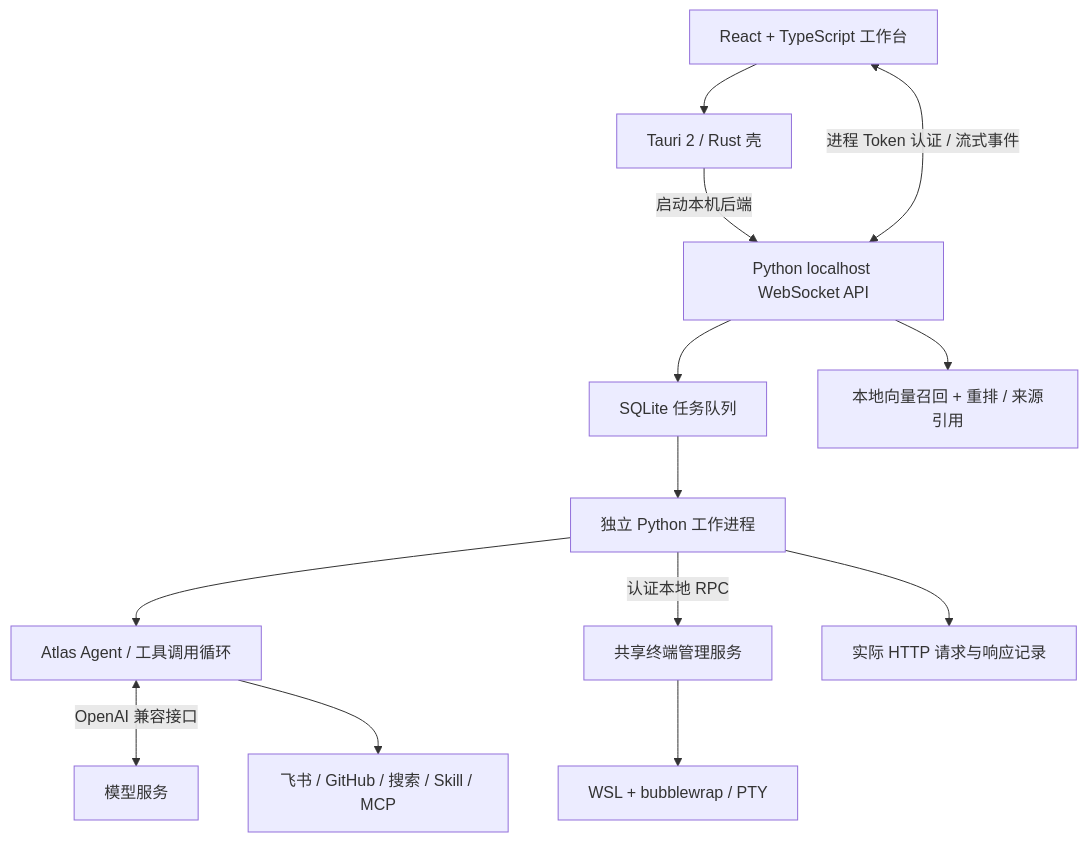
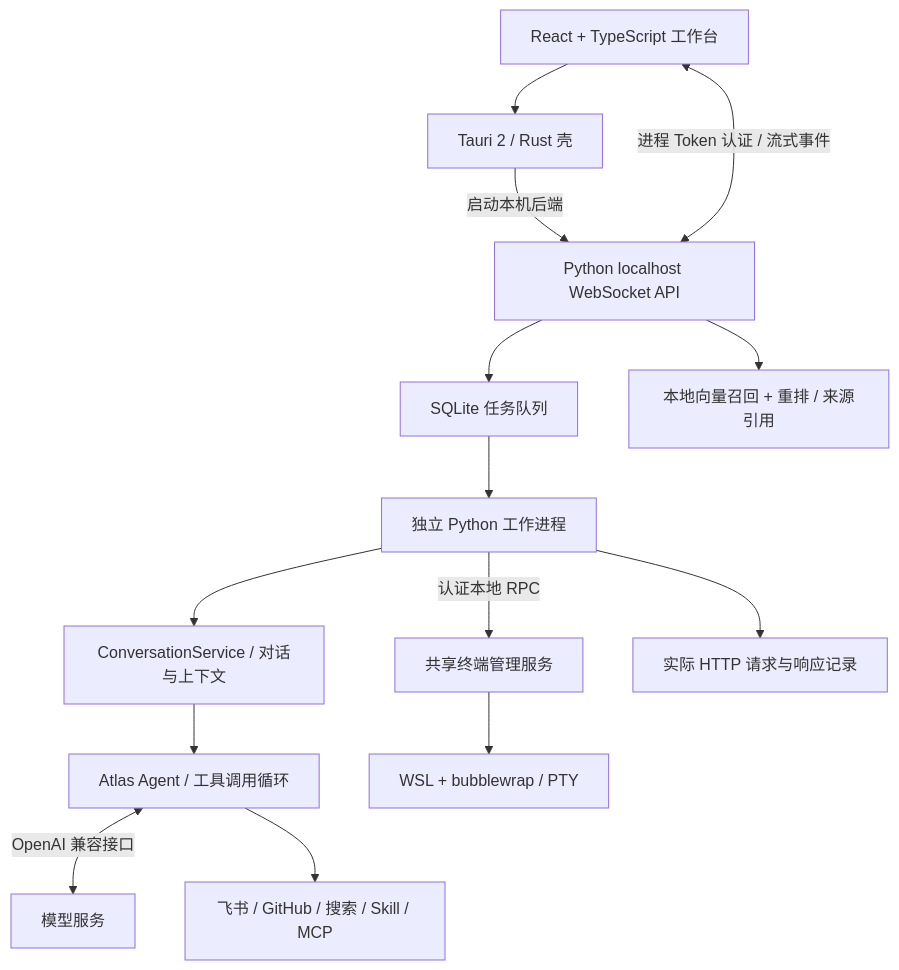
The diagram in docs/DEVELOPMENT.md (liukun158959-beep/tebb), drawn with Mermaid before and after one commit. The commit also changed other lines of this file and 15 other files, not shown here.

````diff
--- a/docs/DEVELOPMENT.md
+++ b/docs/DEVELOPMENT.md
@@ -22,15 +22,16 @@
 ```mermaid
 flowchart TD
     UI[React + TypeScript 工作台] --> Shell[Tauri 2 / Rust 壳]
     Shell -->|启动本机后端| API[Python localhost WebSocket API]
     UI <-->|进程 Token 认证 / 流式事件| API
     API --> Queue[SQLite 任务队列]
     Queue --> Worker[独立 Python 工作进程]
-    Worker --> Agent[Atlas Agent / 工具调用循环]
+    Worker --> Conversation[ConversationService / 对话与上下文]
+    Conversation --> Agent[Atlas Agent / 工具调用循环]
     Agent <-->|OpenAI 兼容接口| LLM[模型服务]
     Agent --> Tools[飞书 / GitHub / 搜索 / Skill / MCP]
     API --> RAG[本地向量召回 + 重排 / 来源引用]
     Worker -->|认证本地 RPC| Terminal[共享终端管理服务]
     Terminal --> Sandbox[WSL + bubblewrap / PTY]
     Worker --> Debug[实际 HTTP 请求与响应记录]
 ```
````
